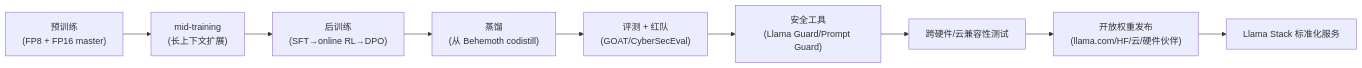
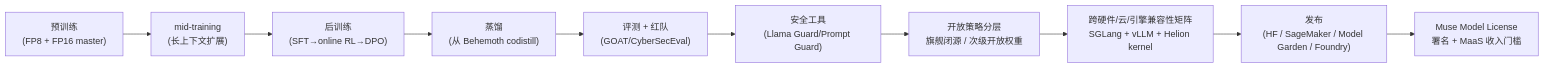
One commit to cypggs/AI_Infra_Handbook changed the second of 2 diagrams in docs/09-case-study/meta/08-production-practice.md. Above: the diagram before and after it, drawn with Mermaid. The commit also changed other lines of this file and 10 other files, not shown here.

Commit message:
更新 Meta 案例研究至 2026-10：Muse 选择性开放转折、MetaRoCE/FPF 自研网络、MTIA 300 量产、Zoomer 训练平台、Helion/TorchTitan

````diff
--- a/docs/09-case-study/meta/08-production-practice.md
+++ b/docs/09-case-study/meta/08-production-practice.md
@@ -82,11 +93,12 @@
 ```mermaid
 flowchart LR
     PRETRAIN["预训练<br/>(FP8 + FP16 master)"] --> MID["mid-training<br/>(长上下文扩展)"]
     MID --> POST["后训练<br/>(SFT→online RL→DPO)"]
     POST --> DISTILL["蒸馏<br/>(从 Behemoth codistill)"]
     DISTILL --> EVAL["评测 + 红队<br/>(GOAT/CyberSecEval)"]
     EVAL --> SAFETY["安全工具<br/>(Llama Guard/Prompt Guard)"]
-    SAFETY --> COMPAT["跨硬件/云兼容性测试"]
-    COMPAT --> RELEASE["开放权重发布<br/>(llama.com/HF/云/硬件伙伴)"]
-    RELEASE --> STACK["Llama Stack 标准化服务"]
+    SAFETY --> OPEN["开放策略分层<br/>旗舰闭源 / 次级开放权重"]
+    OPEN --> COMPAT["跨硬件/云/引擎兼容性矩阵<br/>SGLang + vLLM + Helion kernel"]
+    COMPAT --> RELEASE["发布<br/>(HF / SageMaker / Model Garden / Foundry)"]
+    RELEASE --> LICENSE["Muse Model License<br/>署名 + MaaS 收入门槛"]
 ```
````
